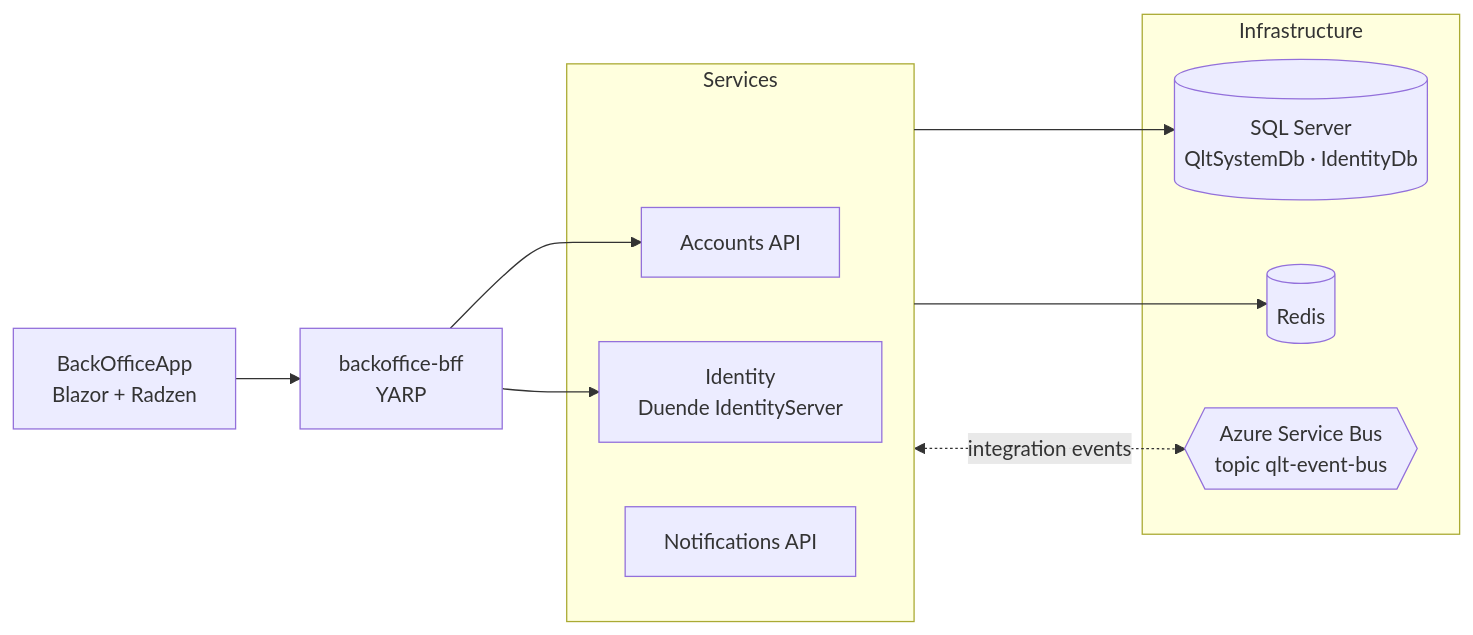
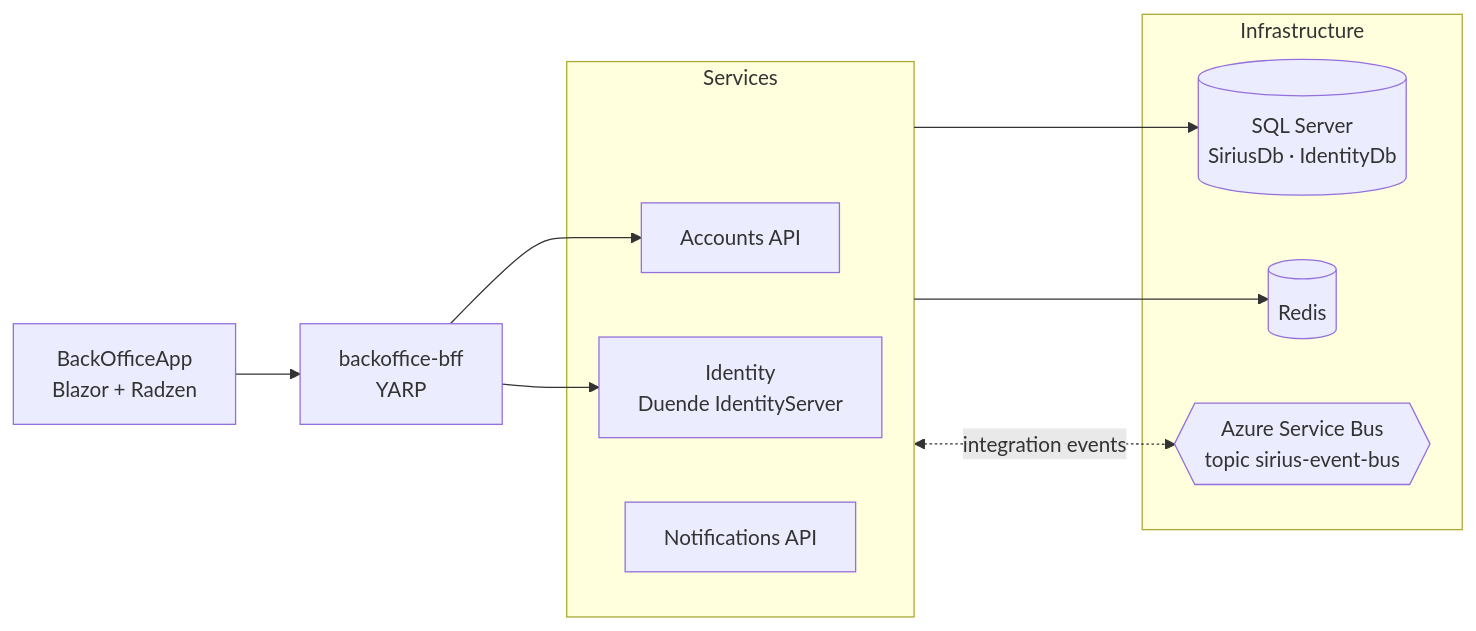
One commit to miquelalcaraz/Labs.ServicePlatform changed the first of 2 diagrams in README.md. Above: the diagram before and after it, drawn with Mermaid. The commit also changed other lines of this file and 1116 other files, not shown here.

````diff
--- a/README.md
+++ b/README.md
@@ -28,20 +28,20 @@
 ```mermaid
 flowchart LR
     BO[BackOfficeApp<br/>Blazor + Radzen] --> BFF[backoffice-bff<br/>YARP]
 
     subgraph Services
         Accounts[Accounts API]
         Identity[Identity<br/>Duende IdentityServer]
         Notifications[Notifications API]
     end
 
     subgraph Infrastructure
-        SQL[("SQL Server<br/>QltSystemDb · IdentityDb")]
+        SQL[("SQL Server<br/>SiriusDb · IdentityDb")]
         Redis[(Redis)]
-        Bus{{"Azure Service Bus<br/>topic qlt-event-bus"}}
+        Bus{{"Azure Service Bus<br/>topic sirius-event-bus"}}
     end
 
     BFF --> Accounts & Identity
     Services --> SQL & Redis
     Services <-. integration events .-> Bus
 ```
````
